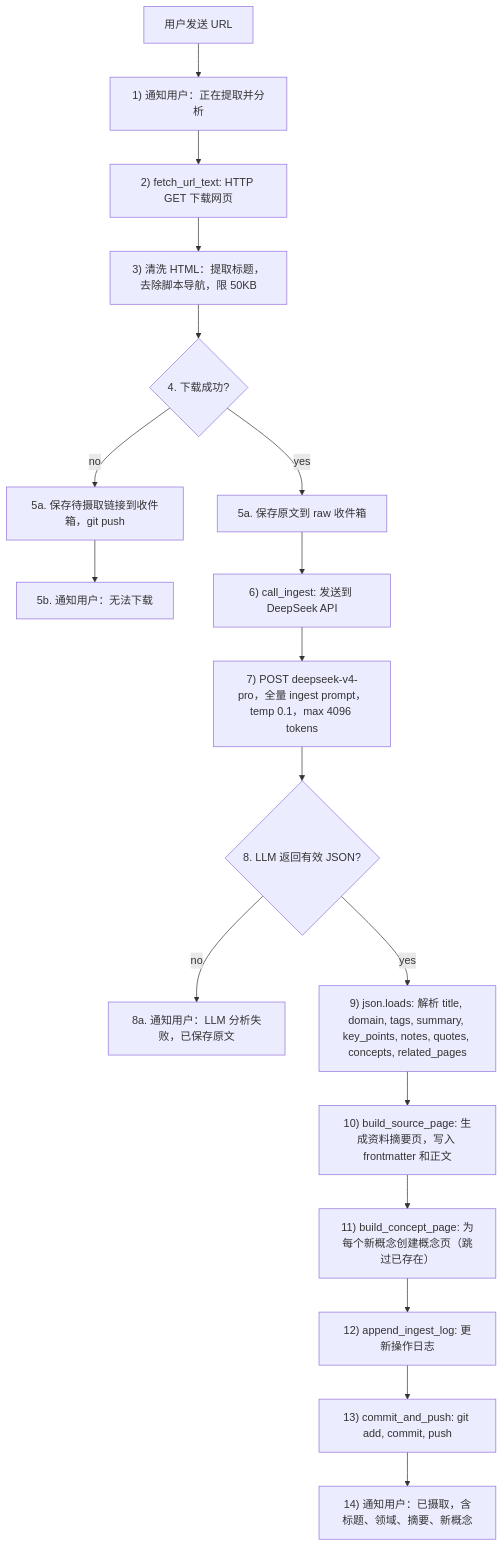
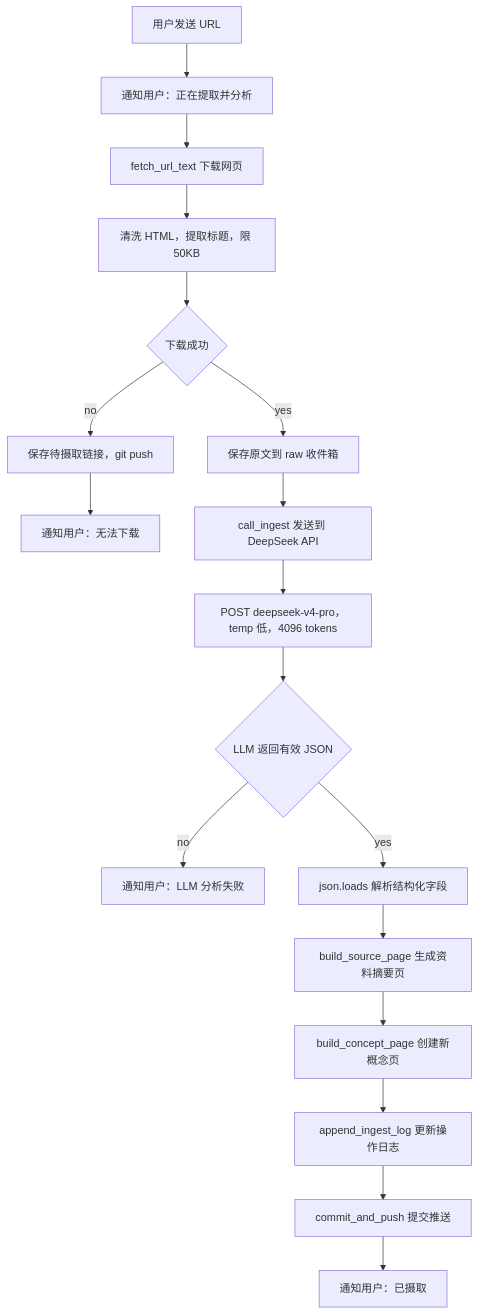
One commit to JXY001A/knowledge-wiki changed the fourth of 8 diagrams in wiki/综合分析/2026-05-23 Phase 2 实现详细流程图.md. Above: the diagram before and after it, drawn with Mermaid. The commit also changed 1 other file, not shown here.

Commit message:
auto: wiki update (hook fallback)

````diff
--- a/wiki/综合分析/2026-05-23 Phase 2 实现详细流程图.md
+++ b/wiki/综合分析/2026-05-23 Phase 2 实现详细流程图.md
@@ -182,20 +182,32 @@
 ```mermaid
 flowchart TD
-    URL["用户发送 URL"] --> Notify["1) 通知用户：正在提取并分析"]
-    Notify --> Fetch["2) fetch_url_text: HTTP GET 下载网页"]
-    Fetch --> FetchDetail["3) 清洗 HTML：提取标题，去除脚本导航，限 50KB"]
-    FetchDetail --> FetchOK{"4. 下载成功?"}
-    FetchOK -->|"no"| SaveRef["5a. 保存待摄取链接到收件箱，git push"]
-    SaveRef --> NotifyFail["5b. 通知用户：无法下载"]
-    FetchOK -->|"yes"| SaveRaw["5a. 保存原文到 raw 收件箱"]
-    SaveRaw --> DeepSeek["6) call_ingest: 发送到 DeepSeek API"]
-    DeepSeek --> DeepSeekDetail["7) POST deepseek-v4-pro，全量 ingest prompt，temp 0.1，max 4096 tokens"]
-    DeepSeekDetail --> DeepSeekOK{"8. LLM 返回有效 JSON?"}
-    DeepSeekOK -->|"no"| NotifyLLMFail["8a. 通知用户：LLM 分析失败，已保存原文"]
-    DeepSeekOK -->|"yes"| ParseJSON["9) json.loads: 解析 title, domain, tags, summary, key_points, notes, quotes, concepts, related_pages"]
-    ParseJSON --> BuildSource["10) build_source_page: 生成资料摘要页，写入 frontmatter 和正文"]
-    BuildSource --> BuildConcepts["11) build_concept_page: 为每个新概念创建概念页（跳过已存在）"]
-    BuildConcepts --> AppendLog["12) append_ingest_log: 更新操作日志"]
-    AppendLog --> GitPush["13) commit_and_push: git add, commit, push"]
-    GitPush --> NotifyOK["14) 通知用户：已摄取，含标题、领域、摘要、新概念"]
+    URL["用户发送 URL"] --> S1["通知用户：正在提取并分析"]
+
+    S1 --> S2["fetch_url_text 下载网页"]
+    S2 --> S3["清洗 HTML，提取标题，限 50KB"]
+    S3 --> S4{"下载成功"}
+
+    S4 -->|"no"| S5a["保存待摄取链接，git push"]
+    S5a --> S5b["通知用户：无法下载"]
+
+    S4 -->|"yes"| S6["保存原文到 raw 收件箱"]
+
+    S6 --> S7["call_ingest 发送到 DeepSeek API"]
+    S7 --> S8["POST deepseek-v4-pro，temp 低，4096 tokens"]
+
+    S8 --> S9{"LLM 返回有效 JSON"}
+
+    S9 -->|"no"| S9a["通知用户：LLM 分析失败"]
+
+    S9 -->|"yes"| S10["json.loads 解析结构化字段"]
+
+    S10 --> S11["build_source_page 生成资料摘要页"]
+
+    S11 --> S12["build_concept_page 创建新概念页"]
+
+    S12 --> S13["append_ingest_log 更新操作日志"]
+
+    S13 --> S14["commit_and_push 提交推送"]
+
+    S14 --> S15["通知用户：已摄取"]
 ```
````
